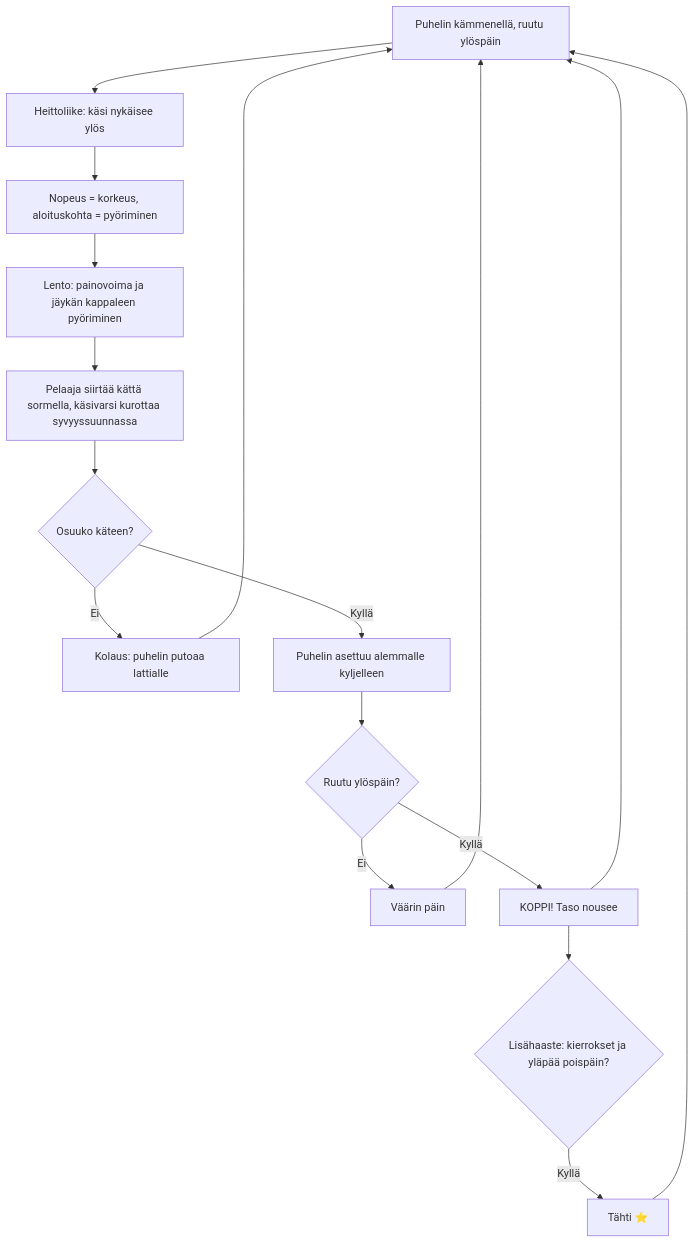
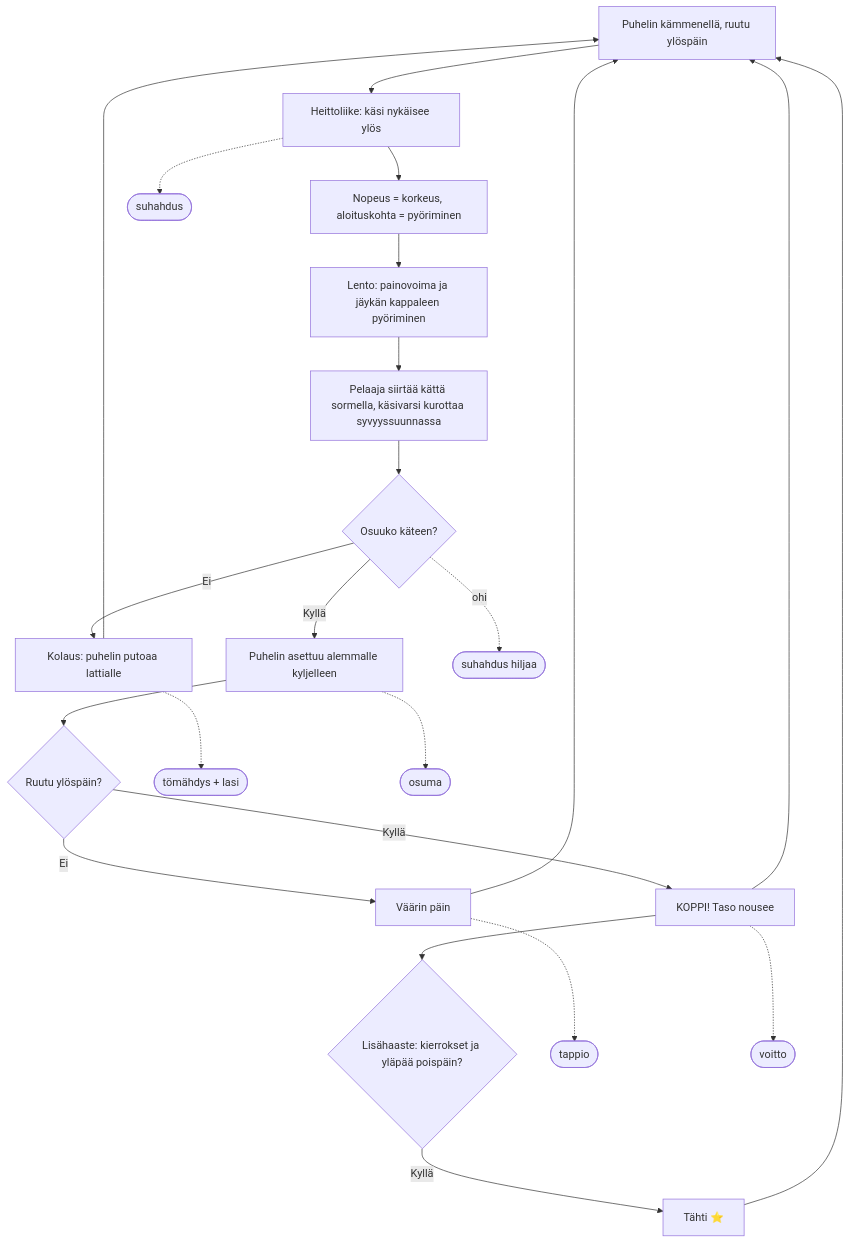
Before and after one commit to eerovil/ai-pelit: the diagram in docs/diagrams/puhelinkoppi.md, drawn with Mermaid. The commit also changed other lines of this file and 3 other files, not shown here.

````diff
--- a/docs/diagrams/puhelinkoppi.md
+++ b/docs/diagrams/puhelinkoppi.md
@@ -10,24 +11,31 @@
 ```mermaid
 flowchart TD
   A[Puhelin kämmenellä, ruutu ylöspäin] --> B[Heittoliike: käsi nykäisee ylös]
   B --> C[Nopeus = korkeus, aloituskohta = pyöriminen]
   C --> D[Lento: painovoima ja jäykän kappaleen pyöriminen]
   D --> E[Pelaaja siirtää kättä sormella, käsivarsi kurottaa syvyyssuunnassa]
   E --> F{Osuuko käteen?}
   F -- Ei --> G[Kolaus: puhelin putoaa lattialle]
   F -- Kyllä --> H[Puhelin asettuu alemmalle kyljelleen]
   H --> I{Ruutu ylöspäin?}
   I -- Ei --> J[Väärin päin]
   I -- Kyllä --> L[KOPPI! Taso nousee]
   L --> K{Lisähaaste: kierrokset ja yläpää poispäin?}
   K -- Kyllä --> M[Tähti ⭐]
   G --> A
   J --> A
   L --> A
   M --> A
+  B -.-> sB([suhahdus])
+  F -. ohi .-> sF([suhahdus hiljaa])
+  G -.-> sG([tömähdys + lasi])
+  H -.-> sH([osuma])
+  J -.-> sJ([tappio])
+  L -.-> sL([voitto])
+  class sB,sF,sG,sH,sJ,sL violet
   class A,B,E blue
   class F,I,K amber
   class C,D,H teal
   class L,M green
   class G,J rose
 ```
````
